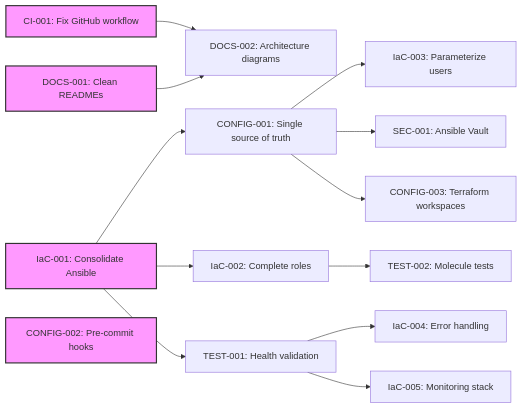
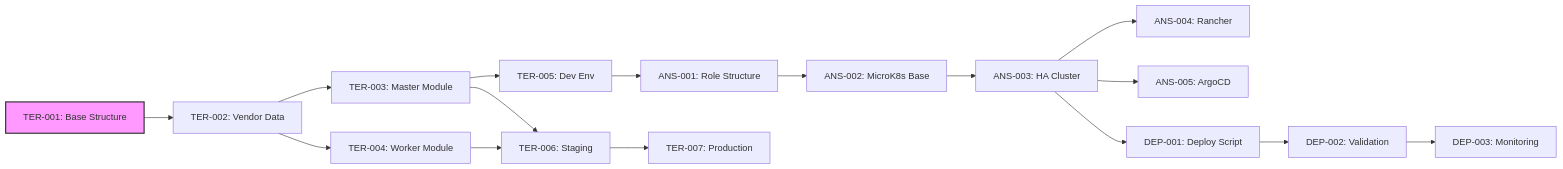
The first of 2 diagrams in tasks/INDEX.md (basher83/Supernova-MicroK8s-Infra), drawn with Mermaid before and after one commit. The commit also changed other lines of this file and 7 other files, not shown here.

````diff
--- a/tasks/INDEX.md
+++ b/tasks/INDEX.md
@@ -85,20 +76,22 @@
 ```mermaid
 graph LR
-    A[CI-001: Fix GitHub workflow] --> E[DOCS-002: Architecture diagrams]
-    B[IaC-001: Consolidate Ansible] --> F[CONFIG-001: Single source of truth]
-    B --> G[IaC-002: Complete roles]
-    B --> H[TEST-001: Health validation]
-    C[DOCS-001: Clean READMEs] --> E
-    D[CONFIG-002: Pre-commit hooks]
-    F --> I[IaC-003: Parameterize users]
-    F --> J[SEC-001: Ansible Vault]
-    F --> M[CONFIG-003: Terraform workspaces]
-    G --> K[TEST-002: Molecule tests]
-    H --> L[IaC-004: Error handling]
-    H --> N[IaC-005: Monitoring stack]
+    TER001[TER-001: Base Structure] --> TER002[TER-002: Vendor Data]
+    TER002 --> TER003[TER-003: Master Module]
+    TER002 --> TER004[TER-004: Worker Module]
+    TER003 --> TER005[TER-005: Dev Env]
+    TER003 --> TER006[TER-006: Staging]
+    TER004 --> TER006
+    TER006 --> TER007[TER-007: Production]
 
-    style A fill:#f9f,stroke:#333,stroke-width:2px
-    style B fill:#f9f,stroke:#333,stroke-width:2px
-    style C fill:#f9f,stroke:#333,stroke-width:2px
-    style D fill:#f9f,stroke:#333,stroke-width:2px
+    TER005 --> ANS001[ANS-001: Role Structure]
+    ANS001 --> ANS002[ANS-002: MicroK8s Base]
+    ANS002 --> ANS003[ANS-003: HA Cluster]
+    ANS003 --> ANS004[ANS-004: Rancher]
+    ANS003 --> ANS005[ANS-005: ArgoCD]
+
+    ANS003 --> DEP001[DEP-001: Deploy Script]
+    DEP001 --> DEP002[DEP-002: Validation]
+    DEP002 --> DEP003[DEP-003: Monitoring]
+
+    style TER001 fill:#f9f,stroke:#333,stroke-width:2px
 ```
````
